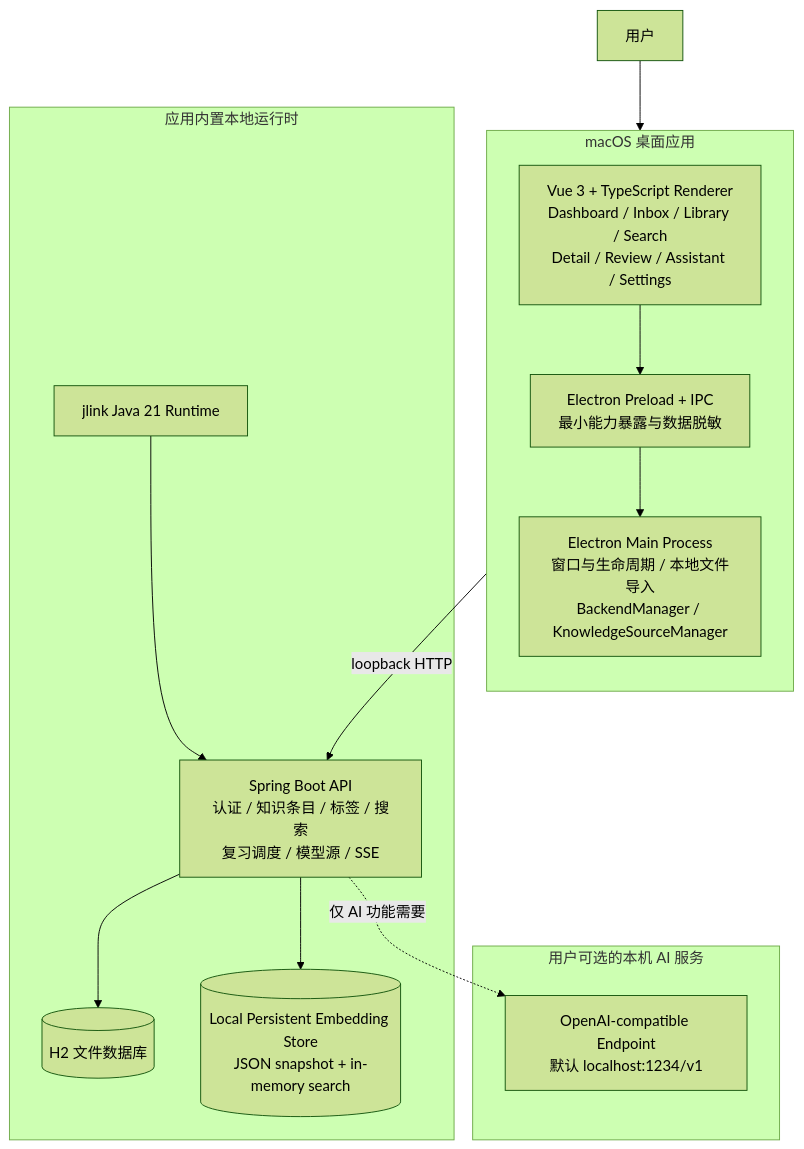
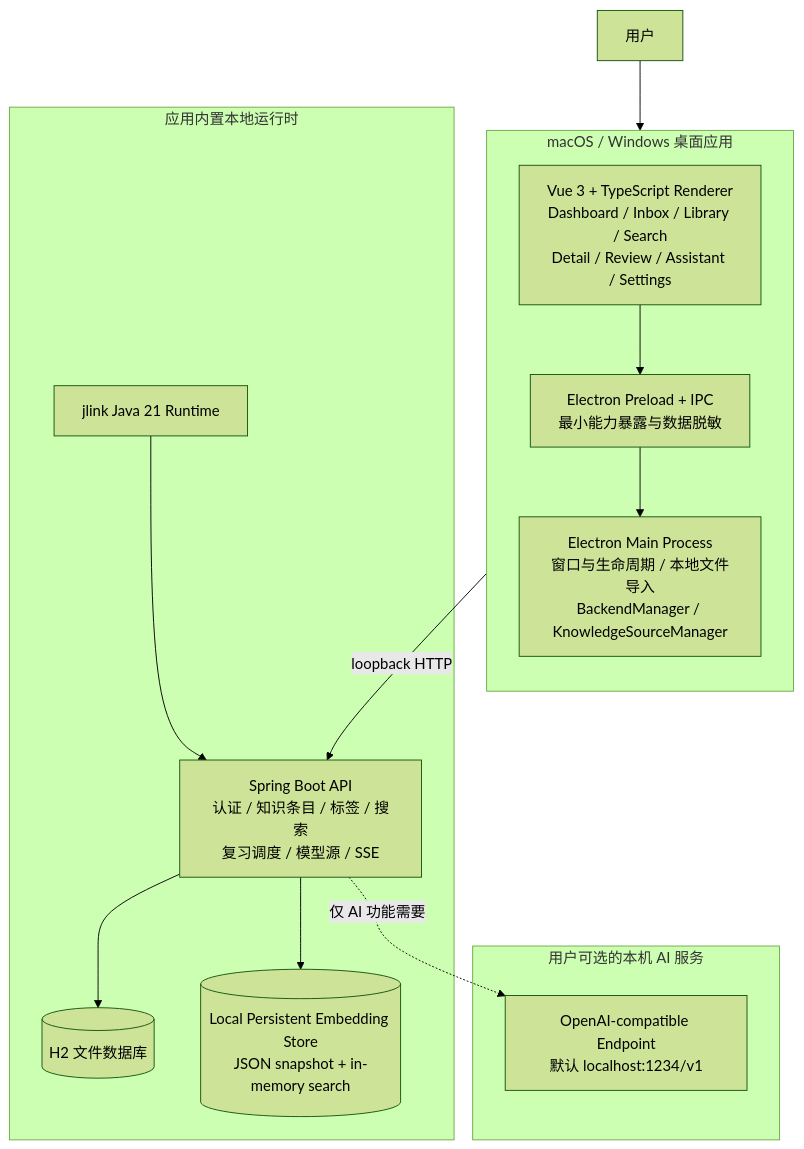
The second of 6 diagrams in PROJECT_SHOWCASE.md (lqq151510/Ai-Agent), drawn with Mermaid (forest theme) before and after one commit. The commit also changed other lines of this file and 15 other files, not shown here.

Commit message:
ci(release): build macOS and Windows installers

````diff
--- a/PROJECT_SHOWCASE.md
+++ b/PROJECT_SHOWCASE.md
@@ -28,30 +28,30 @@
 ```mermaid
 flowchart TB
     U[用户]
 
-    subgraph Desktop[macOS 桌面应用]
+    subgraph Desktop[macOS / Windows 桌面应用]
         direction TB
         UI[Vue 3 + TypeScript Renderer<br/>Dashboard / Inbox / Library / Search<br/>Detail / Review / Assistant / Settings]
         IPC[Electron Preload + IPC<br/>最小能力暴露与数据脱敏]
         MAIN[Electron Main Process<br/>窗口与生命周期 / 本地文件导入<br/>BackendManager / KnowledgeSourceManager]
     end
 
     subgraph LocalRuntime[应用内置本地运行时]
         API[Spring Boot API<br/>认证 / 知识条目 / 标签 / 搜索<br/>复习调度 / 模型源 / SSE]
         DB[(H2 文件数据库)]
         VEC[(Local Persistent Embedding Store<br/>JSON snapshot + in-memory search)]
         JRE[jlink Java 21 Runtime]
     end
 
     subgraph OptionalAI[用户可选的本机 AI 服务]
         MODEL[OpenAI-compatible Endpoint<br/>默认 localhost:1234/v1]
     end
 
     U --> UI
     UI --> IPC --> MAIN
     MAIN -->|loopback HTTP| API
     JRE --> API
     API --> DB
     API --> VEC
     API -.->|仅 AI 功能需要| MODEL
 ```
````
